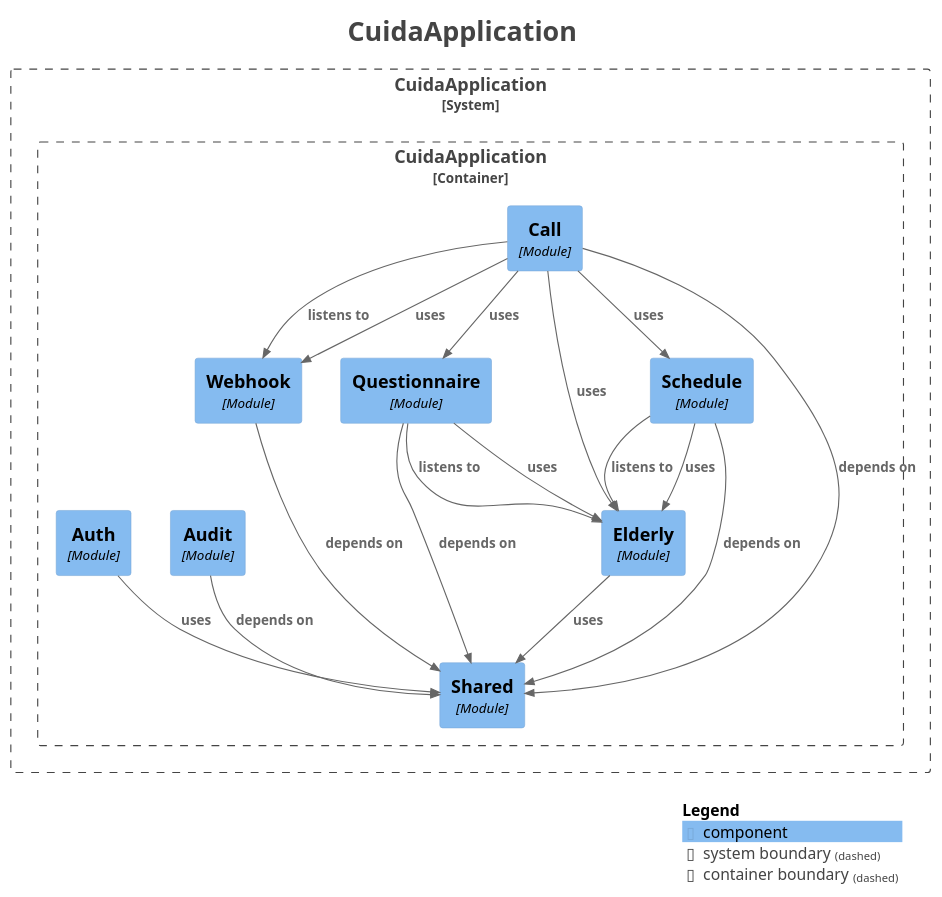
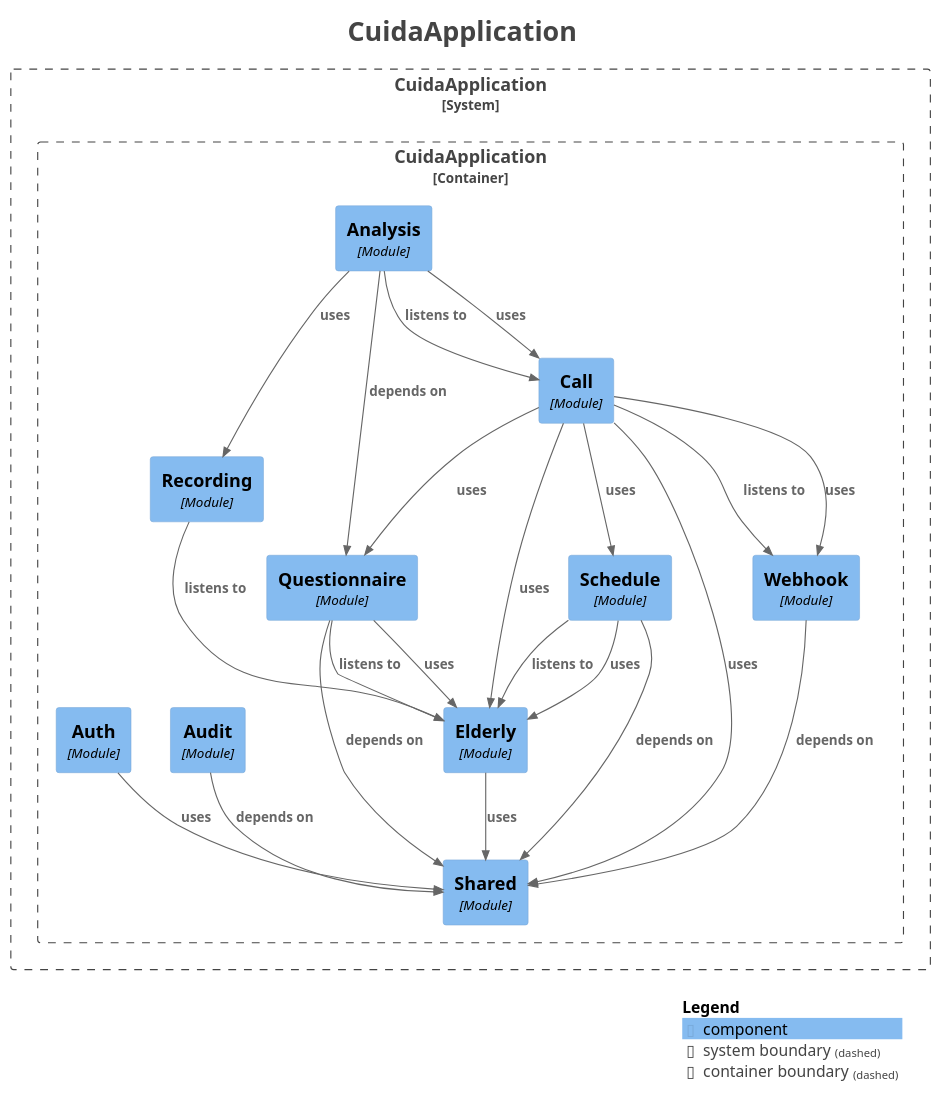
The diagram in docs/modules/components.puml (Rodrimir/alo_diario), drawn with PlantUML before and after one commit. The commit also changed 53 other files, not shown here.

```diff
--- a/docs/modules/components.puml
+++ b/docs/modules/components.puml
@@ -1,51 +1,58 @@
 @startuml
 title <size:24>CuidaApplication</size>
 
 set separator none
 top to bottom direction
 
 <style>
   root {
     BackgroundColor: #ffffff
     FontColor: #444444
   }
 </style>
 
 !include <C4/C4>
 !include <C4/C4_Context>
 !include <C4/C4_Component>
 
 System_Boundary("CuidaApplication_boundary", "CuidaApplication", $tags="") {
   Container_Boundary("CuidaApplication.CuidaApplication_boundary", "CuidaApplication", $tags="") {
-    Component(CuidaApplication.CuidaApplication.Webhook, "Webhook", $techn="Module", $descr="", $tags="", $link="")
-    Component(CuidaApplication.CuidaApplication.Questionnaire, "Questionnaire", $techn="Module", $descr="", $tags="", $link="")
+    Component(CuidaApplication.CuidaApplication.Recording, "Recording", $techn="Module", $descr="", $tags="", $link="")
     Component(CuidaApplication.CuidaApplication.Schedule, "Schedule", $techn="Module", $descr="", $tags="", $link="")
     Component(CuidaApplication.CuidaApplication.Call, "Call", $techn="Module", $descr="", $tags="", $link="")
+    Component(CuidaApplication.CuidaApplication.Analysis, "Analysis", $techn="Module", $descr="", $tags="", $link="")
     Component(CuidaApplication.CuidaApplication.Shared, "Shared", $techn="Module", $descr="", $tags="", $link="")
     Component(CuidaApplication.CuidaApplication.Audit, "Audit", $techn="Module", $descr="", $tags="", $link="")
     Component(CuidaApplication.CuidaApplication.Auth, "Auth", $techn="Module", $descr="", $tags="", $link="")
     Component(CuidaApplication.CuidaApplication.Elderly, "Elderly", $techn="Module", $descr="", $tags="", $link="")
+    Component(CuidaApplication.CuidaApplication.Webhook, "Webhook", $techn="Module", $descr="", $tags="", $link="")
+    Component(CuidaApplication.CuidaApplication.Questionnaire, "Questionnaire", $techn="Module", $descr="", $tags="", $link="")
   }
 
 }
 
+Rel(CuidaApplication.CuidaApplication.Analysis, CuidaApplication.CuidaApplication.Call, "listens to", $techn="", $tags="", $link="")
+Rel(CuidaApplication.CuidaApplication.Analysis, CuidaApplication.CuidaApplication.Call, "uses", $techn="", $tags="", $link="")
+Rel(CuidaApplication.CuidaApplication.Analysis, CuidaApplication.CuidaApplication.Questionnaire, "depends on", $techn="", $tags="", $link="")
+Rel(CuidaApplication.CuidaApplication.Analysis, CuidaApplication.CuidaApplication.Recording, "uses", $techn="", $tags="", $link="")
 Rel(CuidaApplication.CuidaApplication.Audit, CuidaApplication.CuidaApplication.Shared, "depends on", $techn="", $tags="", $link="")
 Rel(CuidaApplication.CuidaApplication.Auth, CuidaApplication.CuidaApplication.Shared, "uses", $techn="", $tags="", $link="")
 Rel(CuidaApplication.CuidaApplication.Call, CuidaApplication.CuidaApplication.Elderly, "uses", $techn="", $tags="", $link="")
 Rel(CuidaApplication.CuidaApplication.Call, CuidaApplication.CuidaApplication.Questionnaire, "uses", $techn="", $tags="", $link="")
 Rel(CuidaApplication.CuidaApplication.Call, CuidaApplication.CuidaApplication.Schedule, "uses", $techn="", $tags="", $link="")
-Rel(CuidaApplication.CuidaApplication.Call, CuidaApplication.CuidaApplication.Shared, "depends on", $techn="", $tags="", $link="")
+Rel(CuidaApplication.CuidaApplication.Call, CuidaApplication.CuidaApplication.Shared, "uses", $techn="", $tags="", $link="")
 Rel(CuidaApplication.CuidaApplication.Call, CuidaApplication.CuidaApplication.Webhook, "listens to", $techn="", $tags="", $link="")
 Rel(CuidaApplication.CuidaApplication.Call, CuidaApplication.CuidaApplication.Webhook, "uses", $techn="", $tags="", $link="")
 Rel(CuidaApplication.CuidaApplication.Elderly, CuidaApplication.CuidaApplication.Shared, "uses", $techn="", $tags="", $link="")
 Rel(CuidaApplication.CuidaApplication.Questionnaire, CuidaApplication.CuidaApplication.Elderly, "listens to", $techn="", $tags="", $link="")
 Rel(CuidaApplication.CuidaApplication.Questionnaire, CuidaApplication.CuidaApplication.Elderly, "uses", $techn="", $tags="", $link="")
 Rel(CuidaApplication.CuidaApplication.Questionnaire, CuidaApplication.CuidaApplication.Shared, "depends on", $techn="", $tags="", $link="")
+Rel(CuidaApplication.CuidaApplication.Recording, CuidaApplication.CuidaApplication.Elderly, "listens to", $techn="", $tags="", $link="")
 Rel(CuidaApplication.CuidaApplication.Schedule, CuidaApplication.CuidaApplication.Elderly, "listens to", $techn="", $tags="", $link="")
 Rel(CuidaApplication.CuidaApplication.Schedule, CuidaApplication.CuidaApplication.Elderly, "uses", $techn="", $tags="", $link="")
 Rel(CuidaApplication.CuidaApplication.Schedule, CuidaApplication.CuidaApplication.Shared, "depends on", $techn="", $tags="", $link="")
 Rel(CuidaApplication.CuidaApplication.Webhook, CuidaApplication.CuidaApplication.Shared, "depends on", $techn="", $tags="", $link="")
 
 SHOW_LEGEND(true)
 hide stereotypes
 @enduml
```
